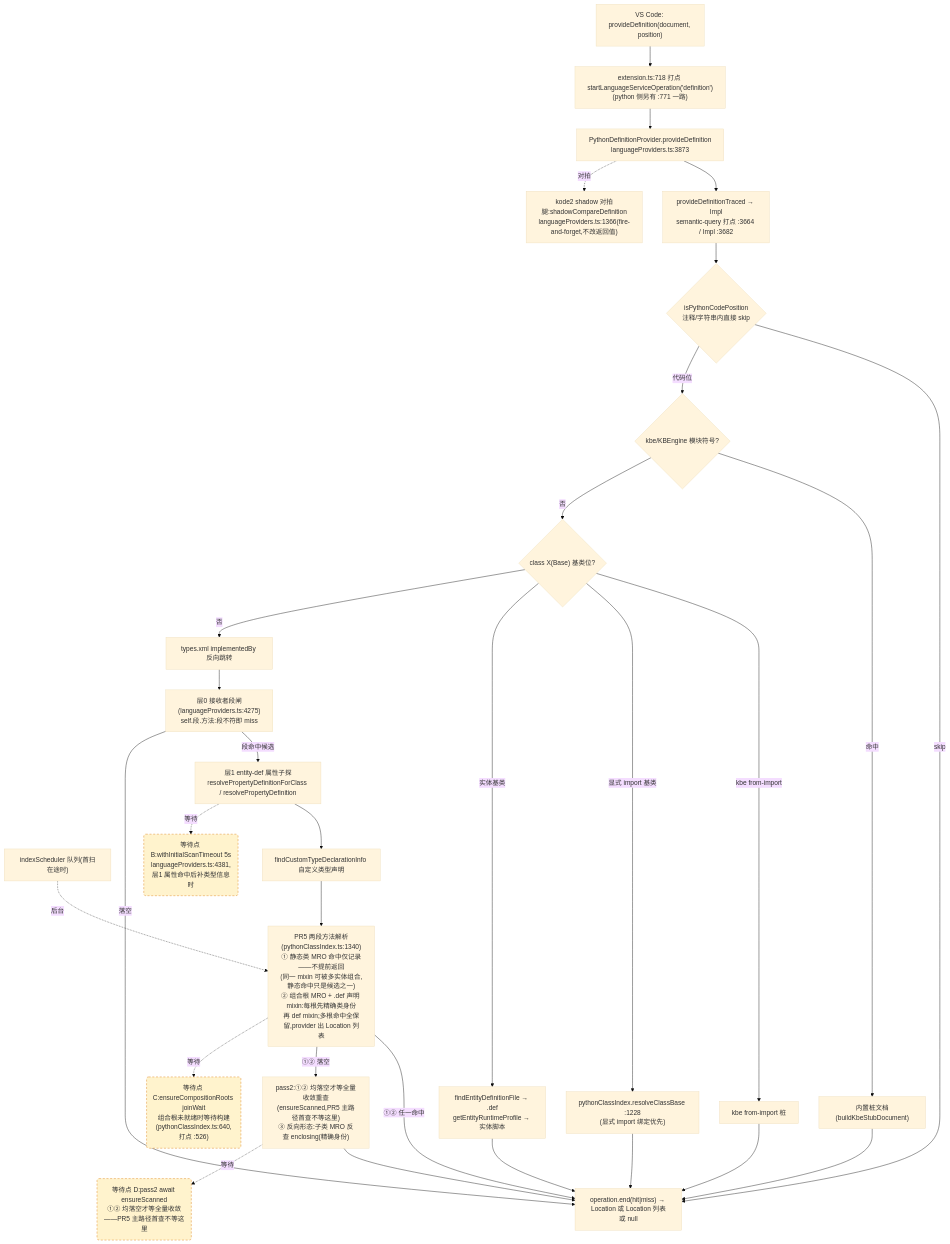
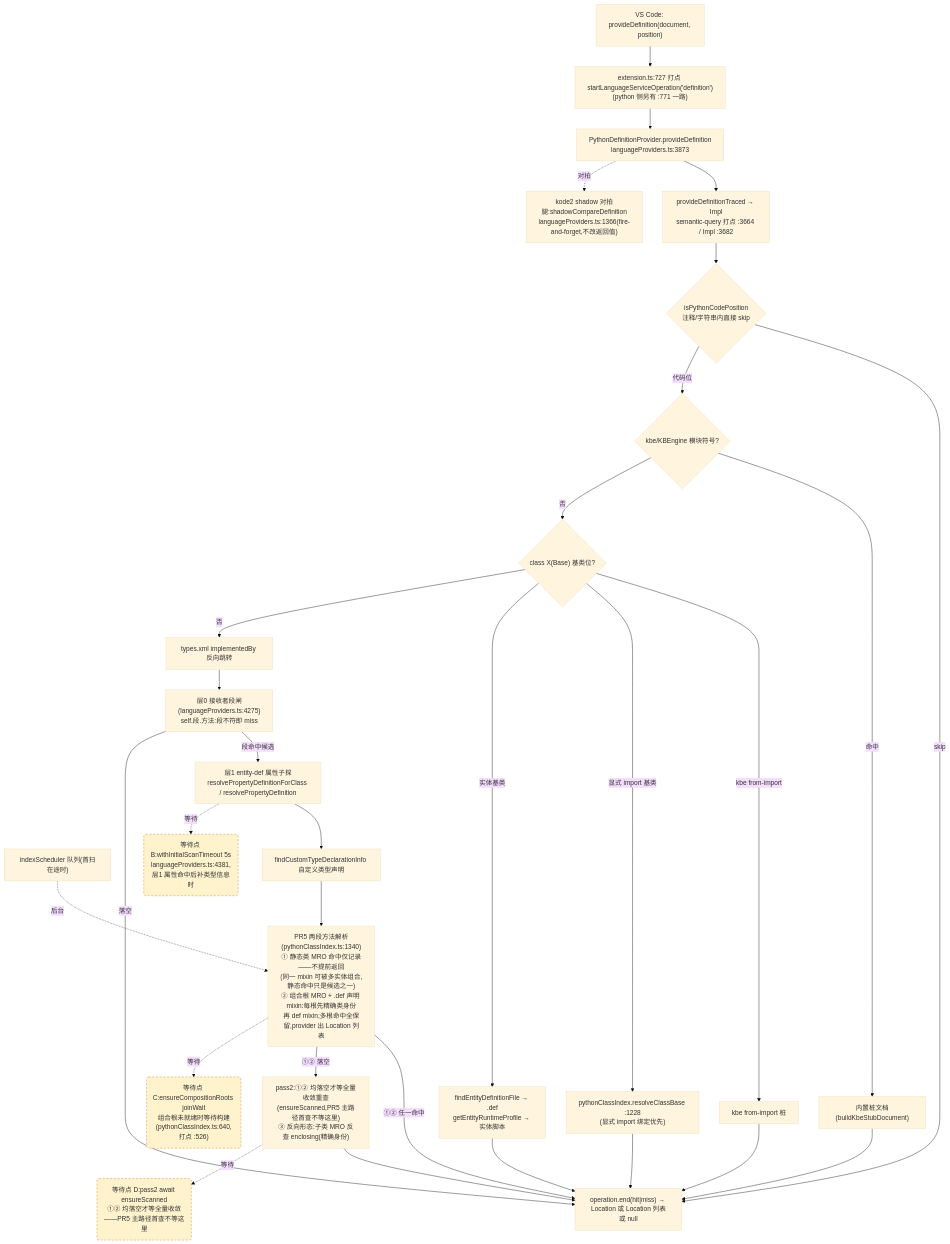
Before and after one commit to cuihairu/kode: the second of 4 diagrams in docs/perf/2026-baseline.md, drawn with Mermaid (base theme). The commit also changed other lines of this file and 22 other files, not shown here.

````diff
--- a/docs/perf/2026-baseline.md
+++ b/docs/perf/2026-baseline.md
@@ -130,51 +130,51 @@
 ```mermaid
 flowchart TD
   VC2["VS Code: provideDefinition(document, position)"]
-  M2["extension.ts:718 打点 startLanguageServiceOperation('definition')<br/>(python 侧另有 :771 一路)"]
+  M2["extension.ts:727 打点 startLanguageServiceOperation('definition')<br/>(python 侧另有 :771 一路)"]
   AD2["PythonDefinitionProvider.provideDefinition<br/>languageProviders.ts:3873"]
   TR["provideDefinitionTraced → Impl<br/>semantic-query 打点 :3664 / Impl :3682"]
   CTX{"isPythonCodePosition<br/>注释/字符串内直接 skip"}
   KBE{"kbe/KBEngine 模块符号?"}
   STUB["内置桩文档(buildKbeStubDocument)"]
   CB{"class X(Base) 基类位?"}
   CB1["kbe from-import 桩"]
   CB2["pythonClassIndex.resolveClassBase :1228<br/>(显式 import 绑定优先)"]
   CB3["findEntityDefinitionFile → .def<br/>getEntityRuntimeProfile → 实体脚本"]
   REV["types.xml implementedBy 反向跳转"]
   L0["层0 接收者段闸(languageProviders.ts:4275)<br/>self.段.方法:段不符即 miss"]
   L1["层1 entity-def 属性子探<br/>resolvePropertyDefinitionForClass / resolvePropertyDefinition"]
   SCAN["indexScheduler 队列(首扫在途时)"]
   TY["findCustomTypeDeclarationInfo 自定义类型声明"]
   MRO["PR5 两段方法解析(pythonClassIndex.ts:1340)<br/>① 静态类 MRO 命中仅记录——不提前返回<br/>(同一 mixin 可被多实体组合,静态命中只是候选之一)<br/>② 组合根 MRO + .def 声明 mixin:每根先精确类身份<br/>再 def mixin;多根命中全保留,provider 出 Location 列表"]
   PASS2["pass2:①② 均落空才等全量收敛重查<br/>(ensureScanned,PR5 主路径首查不等这里)<br/>③ 反向形态:子类 MRO 反查 enclosing(精确身份)"]
   SHD["kode2 shadow 对拍腿:shadowCompareDefinition<br/>languageProviders.ts:1366(fire-and-forget,不改返回值)"]
   END2["operation.end(hit|miss) → Location 或 Location 列表或 null"]
 
   VC2 --> M2 --> AD2 --> TR --> CTX
   CTX -- "skip" --> END2
   CTX -- "代码位" --> KBE
   KBE -- "命中" --> STUB --> END2
   KBE -- "否" --> CB
   CB -- "kbe from-import" --> CB1 --> END2
   CB -- "显式 import 基类" --> CB2 --> END2
   CB -- "实体基类" --> CB3 --> END2
   CB -- "否" --> REV --> L0
   L0 -- "段命中候选" --> L1
   L0 -- "落空" --> END2
   L1 --> TY
   TY --> MRO
   MRO -- "①② 任一命中" --> END2
   MRO -- "①② 落空" --> PASS2 --> END2
   AD2 -.->|对拍| SHD
 
   WAITB("等待点 B:withInitialScanTimeout 5s<br/>languageProviders.ts:4381,层1 属性命中后补类型信息时")
   WAITC("等待点 C:ensureCompositionRoots joinWait<br/>组合根未就绪时等待构建(pythonClassIndex.ts:640,打点 :526)")
   WAITD("等待点 D:pass2 await ensureScanned<br/>①② 均落空才等全量收敛——PR5 主路径首查不等这里")
   L1 -.->|等待| WAITB
   MRO -.->|等待| WAITC
   PASS2 -.->|等待| WAITD
   SCAN -.->|后台| MRO
 
   classDef waitPoint fill:#fff3cd,stroke:#d97706,stroke-dasharray:5 4;
   class WAITB,WAITC,WAITD waitPoint;
 ```
````
